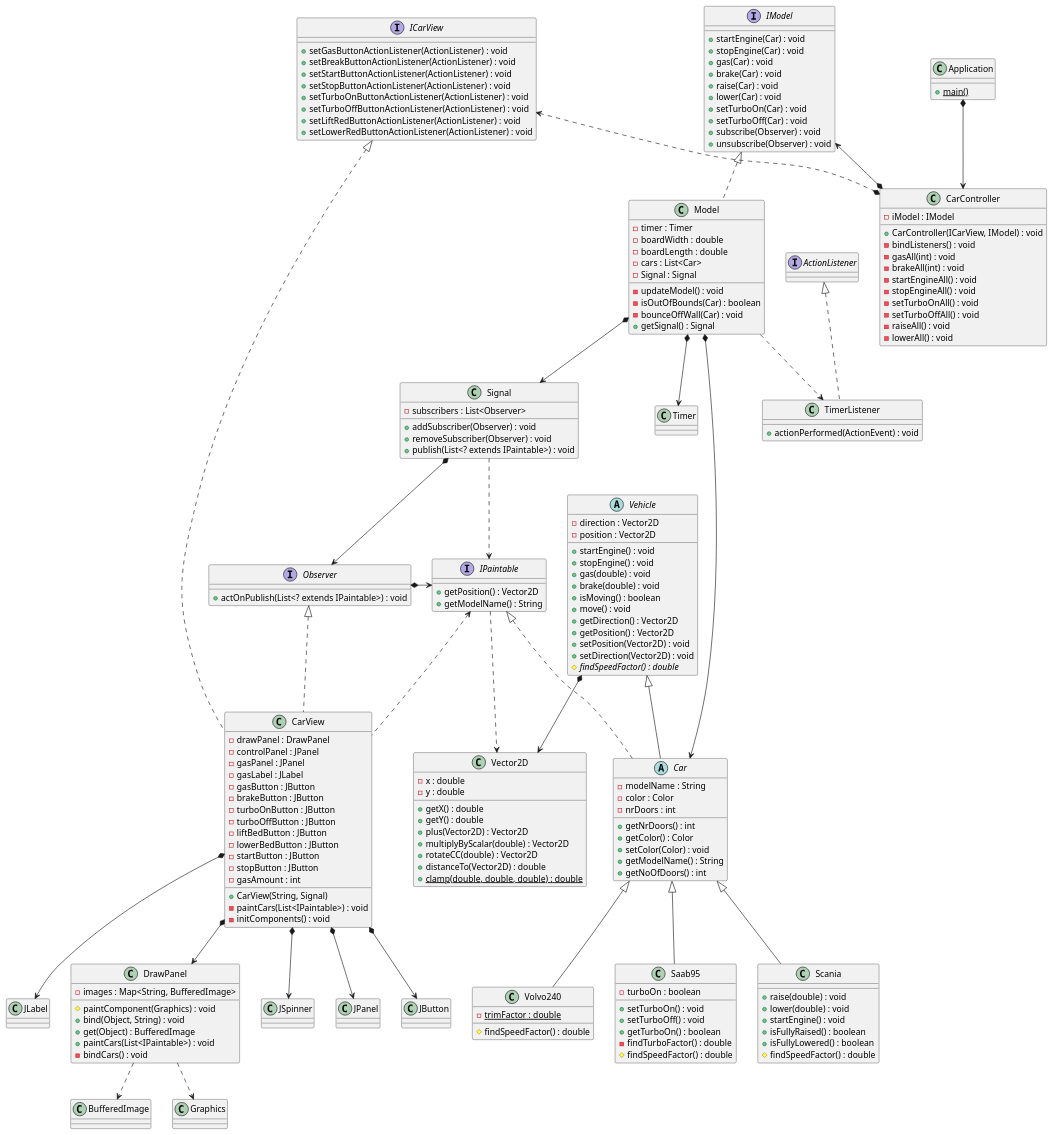
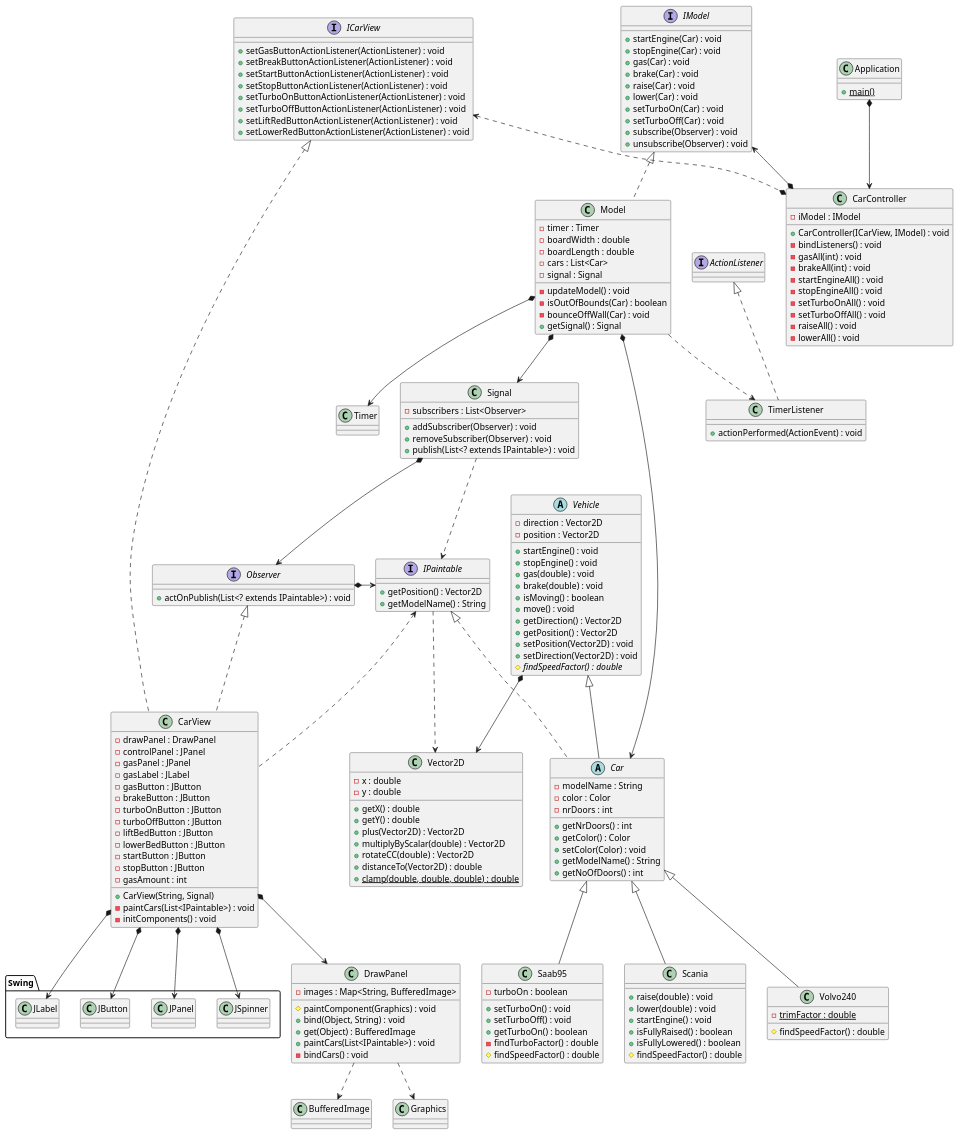
Before and after one commit to Yogaledare/dit953-lab2: the diagram in src/Uppg4.puml, drawn with PlantUML.

Commit message:
small changes in class diagram

```diff
--- a/src/Uppg4.puml
+++ b/src/Uppg4.puml
@@ -27,7 +27,7 @@
 -boardWidth : double
 -boardLength : double
 -cars : List<Car>
--Signal : Signal
+-signal : Signal
 -updateModel() : void
 -isOutOfBounds(Car) : boolean
 -bounceOffWall(Car) : void
@@ -101,12 +101,20 @@
 - bindCars() : void
 }
 
-
+package Swing {
 class JSpinner{}
 class JPanel{}
 class JButton {}
 class JLabel {}
+}
+
 class Timer {}
+class BufferedImage{}
+class Graphics{}
+interface ActionListener
+
+
+
 
 class Volvo240 {
 -{static} trimFactor : double
@@ -131,7 +139,7 @@
 #findSpeedFactor() : double
 }
 
-interface ActionListener
+
 
 interface IPaintable {
 +getPosition() : Vector2D
@@ -235,7 +243,6 @@
 
 
 
-class BufferedImage{}
-class Graphics{}
+
 
 @enduml
```
